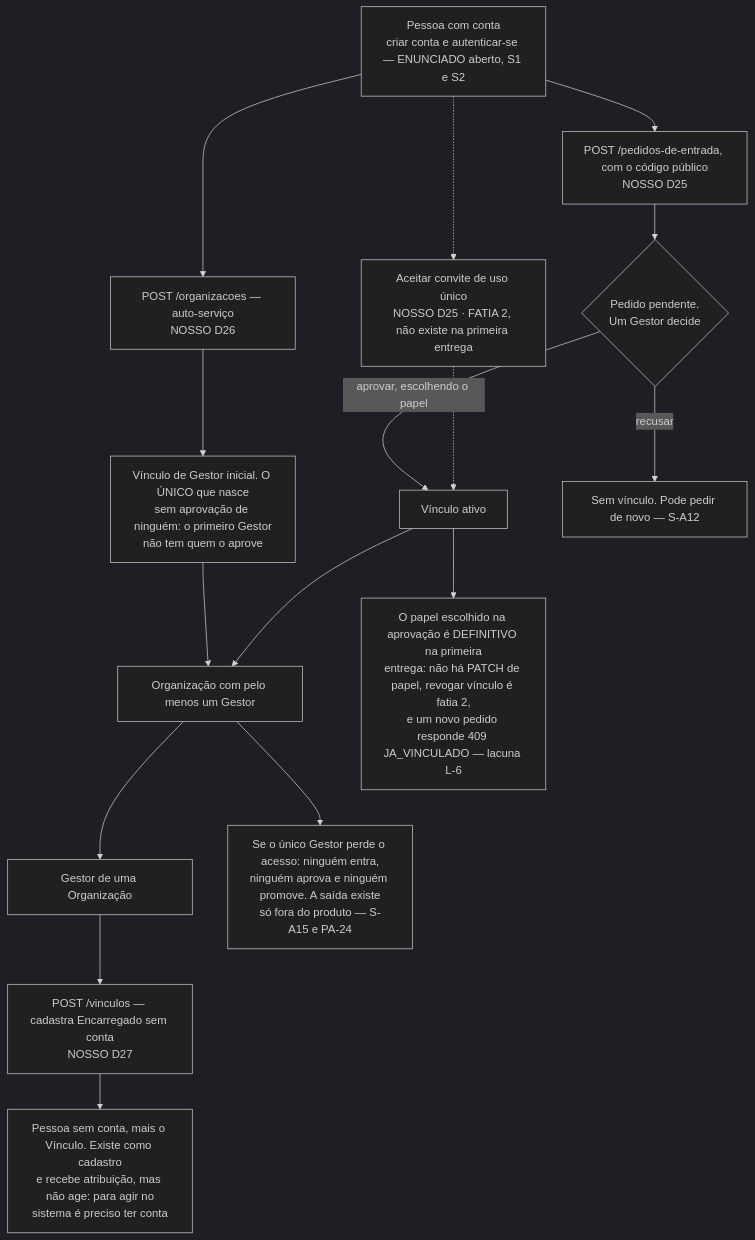
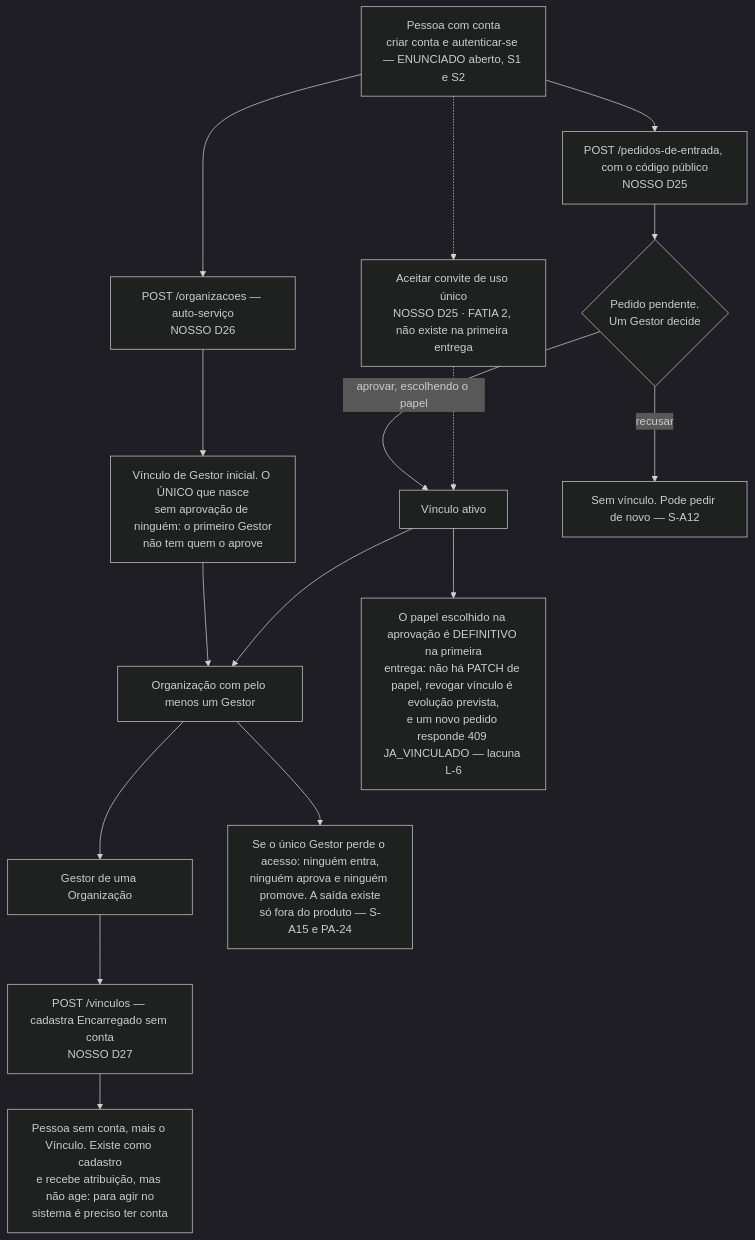
The third of 4 diagrams in docs/fluxos-e-diagramas.md (natanjunior/8FSDT-Hackathon), drawn with Mermaid (dark theme) before and after one commit. The commit also changed other lines of this file and 7 other files, not shown here.

````diff
--- a/docs/fluxos-e-diagramas.md
+++ b/docs/fluxos-e-diagramas.md
@@ -268,24 +268,24 @@
 ```mermaid
 flowchart TD
     P["Pessoa com conta<br/>criar conta e autenticar-se — ENUNCIADO aberto, S1 e S2"]
     G["Gestor de uma Organização"]
 
     P --> A1["POST /organizacoes — auto-serviço<br/>NOSSO D26"]
     P --> B1["POST /pedidos-de-entrada, com o código público<br/>NOSSO D25"]
     P -.-> C1["Aceitar convite de uso único<br/>NOSSO D25 · FATIA 2, não existe na primeira entrega"]
     G --> D1["POST /vinculos — cadastra Encarregado sem conta<br/>NOSSO D27"]
 
     A1 --> V0["Vínculo de Gestor inicial. O ÚNICO que nasce<br/>sem aprovação de ninguém: o primeiro Gestor<br/>não tem quem o aprove"]
     B1 --> PEND{"Pedido pendente.<br/>Um Gestor decide"}
     PEND -->|"aprovar, escolhendo o papel"| V1["Vínculo ativo"]
     PEND -->|"recusar"| REC["Sem vínculo. Pode pedir de novo — S-A12"]
     C1 -.-> V1
     D1 --> V2["Pessoa sem conta, mais o Vínculo. Existe como cadastro<br/>e recebe atribuição, mas não age: para agir no<br/>sistema é preciso ter conta"]
 
     V0 --> ORG["Organização com pelo menos um Gestor"]
     V1 --> ORG
     ORG --> G
 
-    V1 --> TRAVA["O papel escolhido na aprovação é DEFINITIVO na primeira<br/>entrega: não há PATCH de papel, revogar vínculo é fatia 2,<br/>e um novo pedido responde 409 JA_VINCULADO — lacuna L-6"]
+    V1 --> TRAVA["O papel escolhido na aprovação é DEFINITIVO na primeira<br/>entrega: não há PATCH de papel, revogar vínculo é evolução prevista,<br/>e um novo pedido responde 409 JA_VINCULADO — lacuna L-6"]
     ORG --> BECO["Se o único Gestor perde o acesso: ninguém entra,<br/>ninguém aprova e ninguém promove. A saída existe<br/>só fora do produto — S-A15 e PA-24"]
 ```
````
